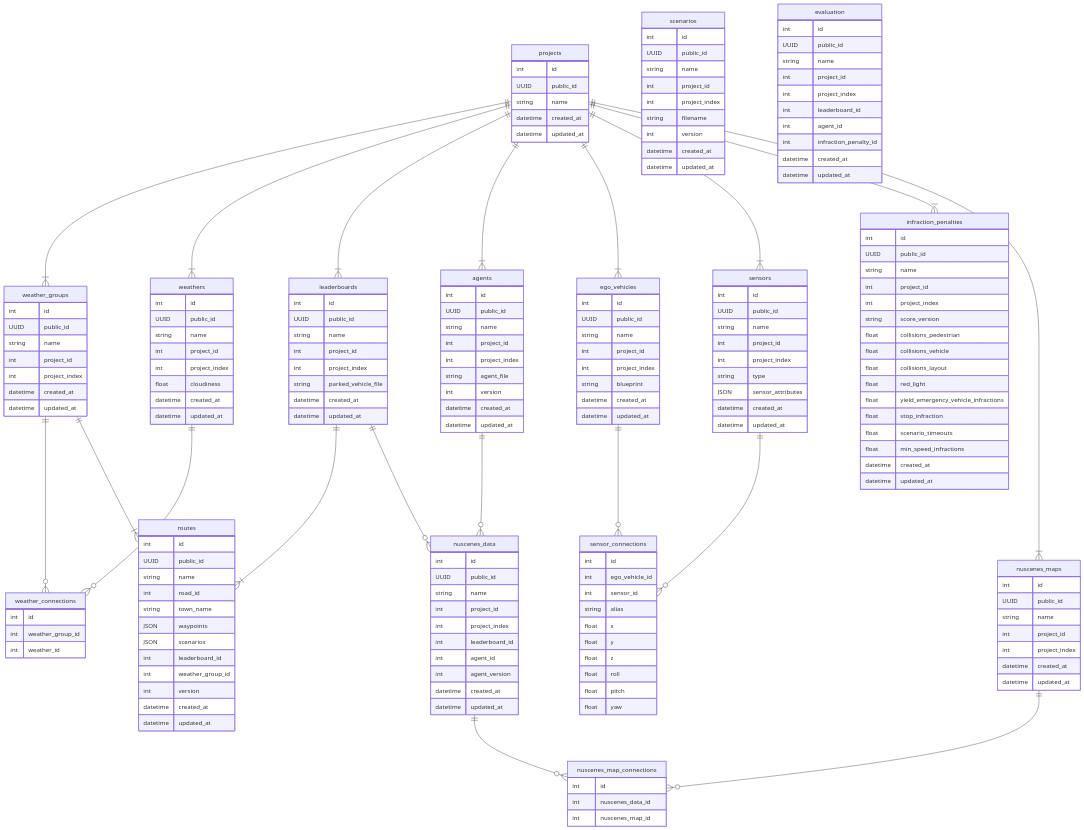
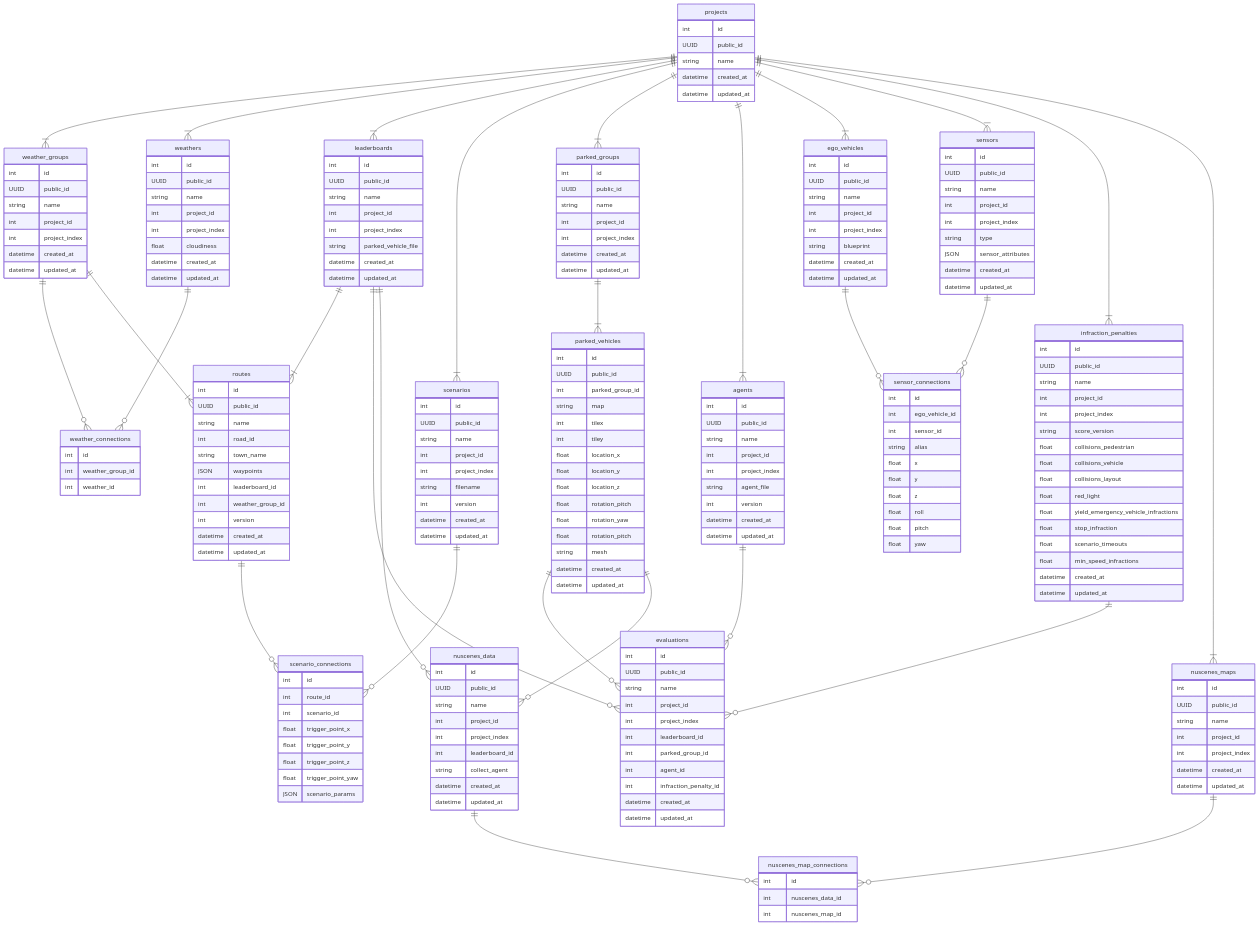
Before and after one commit to c60evaporator/closedloop-for-everyone: the diagram in design/backend.md, drawn with Mermaid.

Commit message:
Update backend design

````diff
--- a/design/backend.md
+++ b/design/backend.md
@@ -61,12 +61,6 @@
         datetime updated_at
     }
 
-    weather_connections{
-        int id
-        int weather_group_id
-        int weather_id
-    }
-
     leaderboards{
         int id
         UUID public_id
@@ -78,6 +72,12 @@
         datetime updated_at
     }
 
+    weather_connections{
+        int id
+        int weather_group_id
+        int weather_id
+    }
+
     routes{
         int id
         UUID public_id
@@ -85,7 +85,6 @@
         int road_id
         string town_name
         JSON waypoints
-        JSON scenarios
         int leaderboard_id
         int weather_group_id
         int version
@@ -101,6 +100,45 @@
         int project_index
         string filename
         int version
+        datetime created_at
+        datetime updated_at
+    }
+
+    scenario_connections{
+        int id
+        int route_id
+        int scenario_id
+        float trigger_point_x
+        float trigger_point_y
+        float trigger_point_z
+        float trigger_point_yaw
+        JSON scenario_params
+    }
+
+    parked_groups{
+        int id
+        UUID public_id
+        string name
+        int project_id
+        int project_index
+        datetime created_at
+        datetime updated_at
+    }
+
+    parked_vehicles{
+        int id
+        UUID public_id
+        int parked_group_id
+        string map
+        int tilex
+        int tiley
+        float location_x
+        float location_y
+        float location_z
+        float rotation_pitch
+        float rotation_yaw
+        float rotation_pitch
+        string mesh
         datetime created_at
         datetime updated_at
     }
@@ -182,13 +220,14 @@
         datetime updated_at
     }
 
-    evaluation{
+    evaluations{
         int id
         UUID public_id
         string name
         int project_id
         int project_index
         int leaderboard_id
+        int parked_group_id
         int agent_id
         int infraction_penalty_id
         datetime created_at
@@ -202,8 +241,7 @@
         int project_id
         int project_index
         int leaderboard_id
-        int agent_id
-        int agent_version
+        string collect_agent
         datetime created_at
         datetime updated_at
     }
@@ -217,6 +255,8 @@
     projects ||--|{ weather_groups: ""
     projects ||--|{ weathers: ""
     projects ||--|{ leaderboards: ""
+    projects ||--|{ scenarios: ""
+    projects ||--|{ parked_groups: ""
     projects ||--|{ agents: ""
     projects ||--|{ ego_vehicles: ""
     projects ||--|{ sensors: ""
@@ -226,10 +266,17 @@
     weathers ||--o{ weather_connections: ""
     leaderboards ||--|{ routes: ""
     weather_groups ||--|{ routes: ""
+    routes ||--o{ scenario_connections: ""
+    scenarios ||--o{ scenario_connections: ""
+    parked_groups ||--|{ parked_vehicles: ""
     ego_vehicles ||--o{ sensor_connections: ""
     sensors ||--o{ sensor_connections: ""
+    leaderboards ||--o{ evaluations: ""
+    parked_vehicles ||--o{ evaluations: ""
+    agents ||--o{ evaluations: ""
+    infraction_penalties ||--o{ evaluations: ""
     leaderboards ||--o{ nuscenes_data: ""
-    agents ||--o{ nuscenes_data: ""
+    parked_vehicles ||--o{ nuscenes_data: ""
     nuscenes_data ||--o{ nuscenes_map_connections: ""
     nuscenes_maps ||--o{ nuscenes_map_connections: ""
 ```
````
